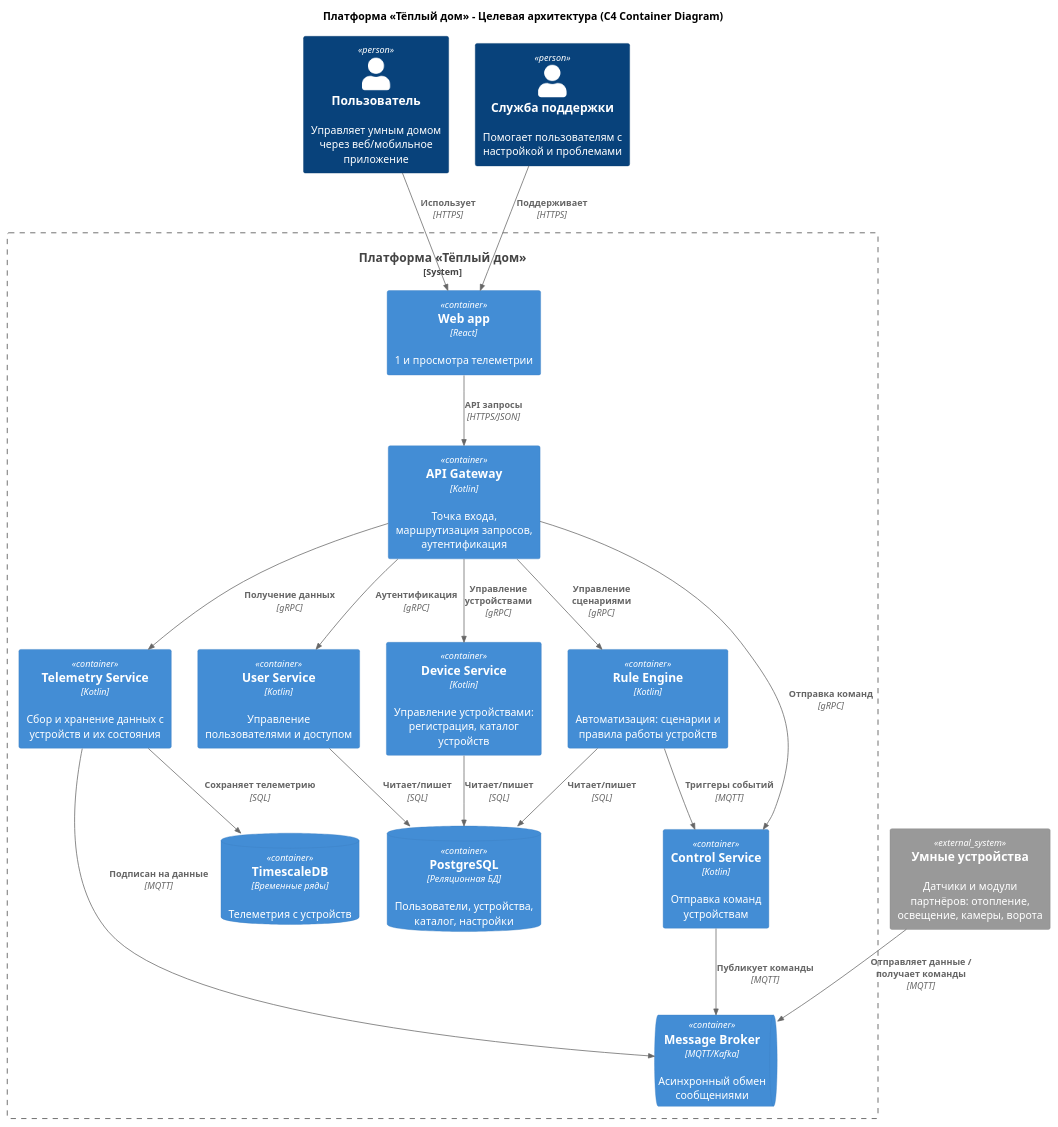
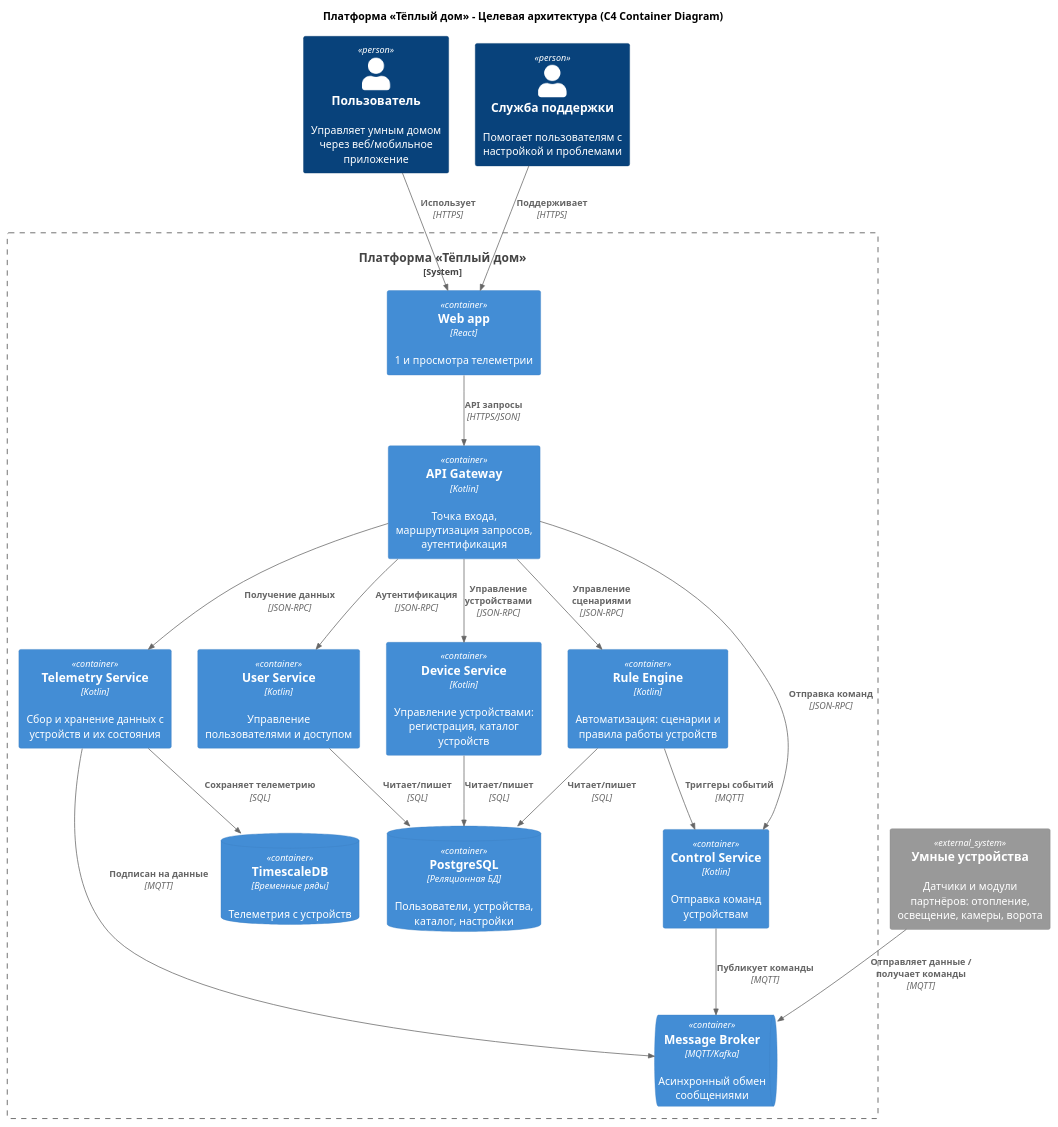
The diagram in uml/ToBeContainersLair.puml (svNikitij/architecture-warmhouse-docs), drawn with PlantUML before and after one commit. The commit also changed 8 other files, not shown here.

```diff
--- a/uml/ToBeContainersLair.puml
+++ b/uml/ToBeContainersLair.puml
@@ -1,47 +1,47 @@
 @startuml
 title Платформа «Тёплый дом» - Целевая архитектура (C4 Container Diagram)
 
 !includeurl https://raw.githubusercontent.com/RicardoNiepel/C4-PlantUML/master/C4_Container.puml
 
 Person(user, "Пользователь", "Управляет умным домом через веб/мобильное приложение")
 Person(support, "Служба поддержки", "Помогает пользователям с настройкой и проблемами")
 
 System_Boundary(platform, "Платформа «Тёплый дом»") {
     Container(web_app, "Web app", "React", "1 и просмотра телеметрии")
     Container(api_gateway, "API Gateway", "Kotlin", "Точка входа, маршрутизация запросов, аутентификация")
 
     Container(device_service, "Device Service", "Kotlin", "Управление устройствами: регистрация, каталог устройств")
     Container(telemetry_service, "Telemetry Service", "Kotlin", "Сбор и хранение данных с устройств и их состояния")
     Container(control_service, "Control Service", "Kotlin", "Отправка команд устройствам")
     Container(rule_service, "Rule Engine", "Kotlin", "Автоматизация: сценарии и правила работы устройств")
     Container(user_service, "User Service", "Kotlin", "Управление пользователями и доступом")
 
     ContainerDb(postgres, "PostgreSQL", "Реляционная БД", "Пользователи, устройства, каталог, настройки")
     ContainerDb(timescale, "TimescaleDB", "Временные ряды", "Телеметрия с устройств")
     ContainerQueue(broker, "Message Broker", "MQTT/Kafka", "Асинхронный обмен сообщениями")
 }
 
 System_Ext(devices, "Умные устройства", "Датчики и модули партнёров: отопление, освещение, камеры, ворота")
 
 Rel(user, web_app, "Использует", "HTTPS")
 Rel(support, web_app, "Поддерживает", "HTTPS")
 Rel(web_app, api_gateway, "API запросы", "HTTPS/JSON")
 
-Rel(api_gateway, device_service, "Управление устройствами", "gRPC")
-Rel(api_gateway, telemetry_service, "Получение данных", "gRPC")
-Rel(api_gateway, control_service, "Отправка команд", "gRPC")
-Rel(api_gateway, rule_service, "Управление сценариями", "gRPC")
-Rel(api_gateway, user_service, "Аутентификация", "gRPC")
+Rel(api_gateway, device_service, "Управление устройствами", "JSON-RPC")
+Rel(api_gateway, telemetry_service, "Получение данных", "JSON-RPC")
+Rel(api_gateway, control_service, "Отправка команд", "JSON-RPC")
+Rel(api_gateway, rule_service, "Управление сценариями", "JSON-RPC")
+Rel(api_gateway, user_service, "Аутентификация", "JSON-RPC")
 
 Rel(device_service, postgres, "Читает/пишет", "SQL")
 Rel(user_service, postgres, "Читает/пишет", "SQL")
 Rel(rule_service, postgres, "Читает/пишет", "SQL")
 Rel(telemetry_service, timescale, "Сохраняет телеметрию", "SQL")
 
 Rel(control_service, broker, "Публикует команды", "MQTT")
 Rel(telemetry_service, broker, "Подписан на данные", "MQTT")
 Rel(rule_service, control_service, "Триггеры событий", "MQTT")
 
 Rel(devices, broker, "Отправляет данные / получает команды", "MQTT")
 
 @enduml
```
